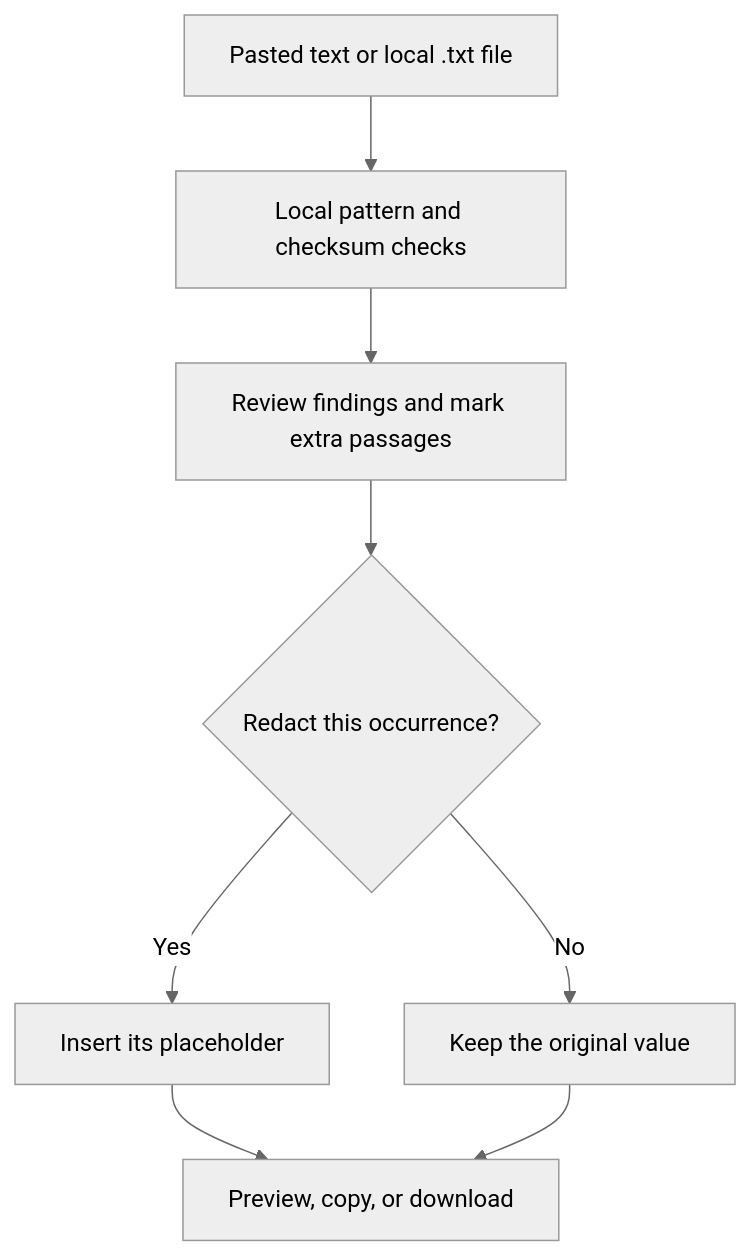
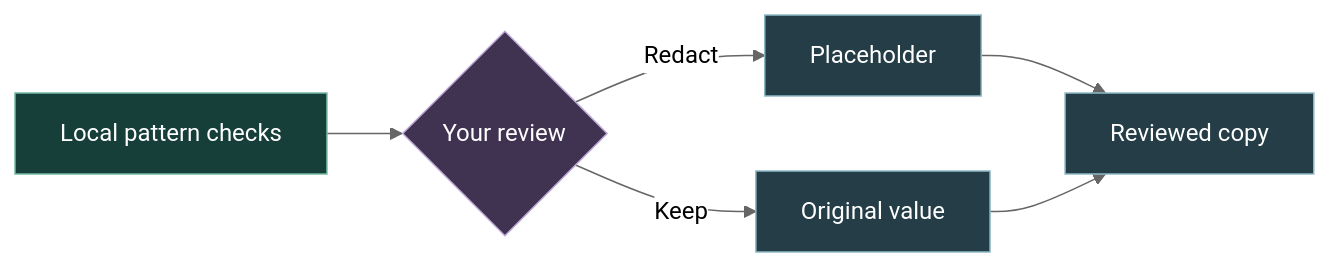
The diagram in README.md (lubaba1513-pixel/file-privacy-checker), drawn with Mermaid (neutral theme) before and after one commit. The commit also changed other lines of this file, not shown here.

````diff
--- a/README.md
+++ b/README.md
@@ -145,10 +143,14 @@
 ```mermaid
-flowchart TB
-    A["Pasted text or local .txt file"] --> B["Local pattern and checksum checks"]
-    B --> C["Review findings and mark extra passages"]
-    C --> D{"Redact this occurrence?"}
-    D -->|Yes| E["Insert its placeholder"]
-    D -->|No| F["Keep the original value"]
-    E --> G["Preview, copy, or download"]
-    F --> G
+flowchart LR
+    A["Local pattern checks"] --> B{"Your review"}
+    B -->|Redact| C["Placeholder"]
+    B -->|Keep| D["Original value"]
+    C --> E["Reviewed copy"]
+    D --> E
+    classDef source fill:#163F3A,stroke:#74B9A5,color:#FFFFFF;
+    classDef review fill:#403351,stroke:#BCA7D6,color:#FFFFFF;
+    classDef result fill:#243D46,stroke:#8EBAC7,color:#FFFFFF;
+    class A source;
+    class B review;
+    class C,D,E result;
 ```
````
